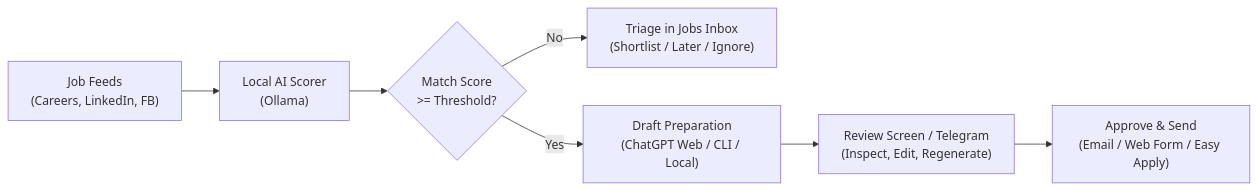
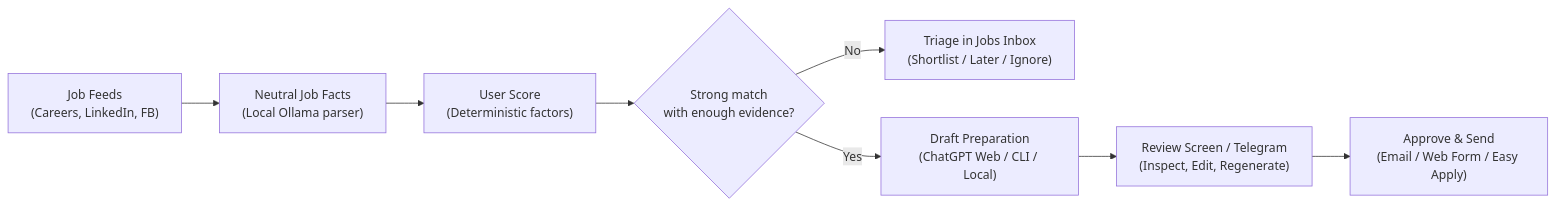
One commit to longnt27/jobradar changed the diagram in README.md. Above: the diagram before and after it, drawn with Mermaid. The commit also changed other lines of this file and 22 other files, not shown here.

Commit message:
Separate neutral job parsing from deterministic user scoring

````diff
--- a/README.md
+++ b/README.md
@@ -125,9 +125,10 @@
 ```mermaid
 flowchart LR
-    A["Job Feeds\n(Careers, LinkedIn, FB)"] --> B["Local AI Scorer\n(Ollama)"]
-    B --> C{"Match Score\n>= Threshold?"}
-    C -- No --> D["Triage in Jobs Inbox\n(Shortlist / Later / Ignore)"]
-    C -- Yes --> E["Draft Preparation\n(ChatGPT Web / CLI / Local)"]
+    A["Job Feeds\n(Careers, LinkedIn, FB)"] --> B["Neutral Job Facts\n(Local Ollama parser)"]
+    B --> C["User Score\n(Deterministic factors)"]
+    C --> H{"Strong match\nwith enough evidence?"}
+    H -- No --> D["Triage in Jobs Inbox\n(Shortlist / Later / Ignore)"]
+    H -- Yes --> E["Draft Preparation\n(ChatGPT Web / CLI / Local)"]
     E --> F["Review Screen / Telegram\n(Inspect, Edit, Regenerate)"]
     F --> G["Approve & Send\n(Email / Web Form / Easy Apply)"]
 ```
````
